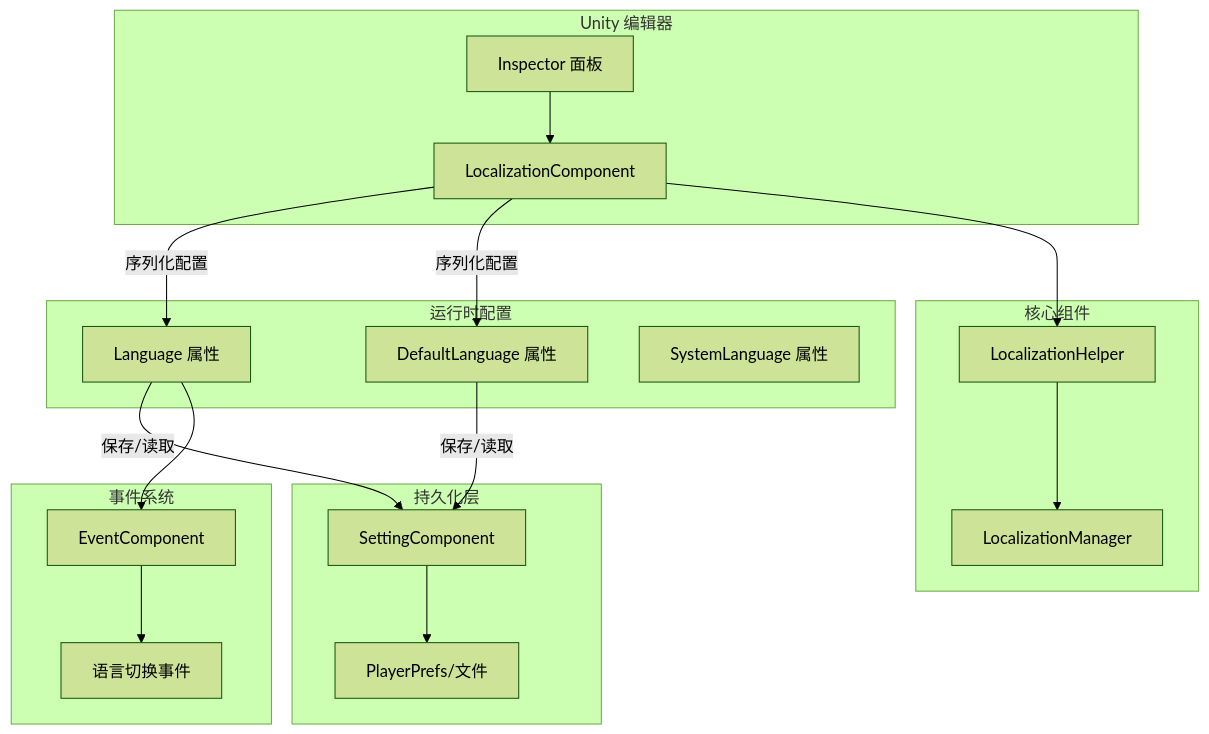
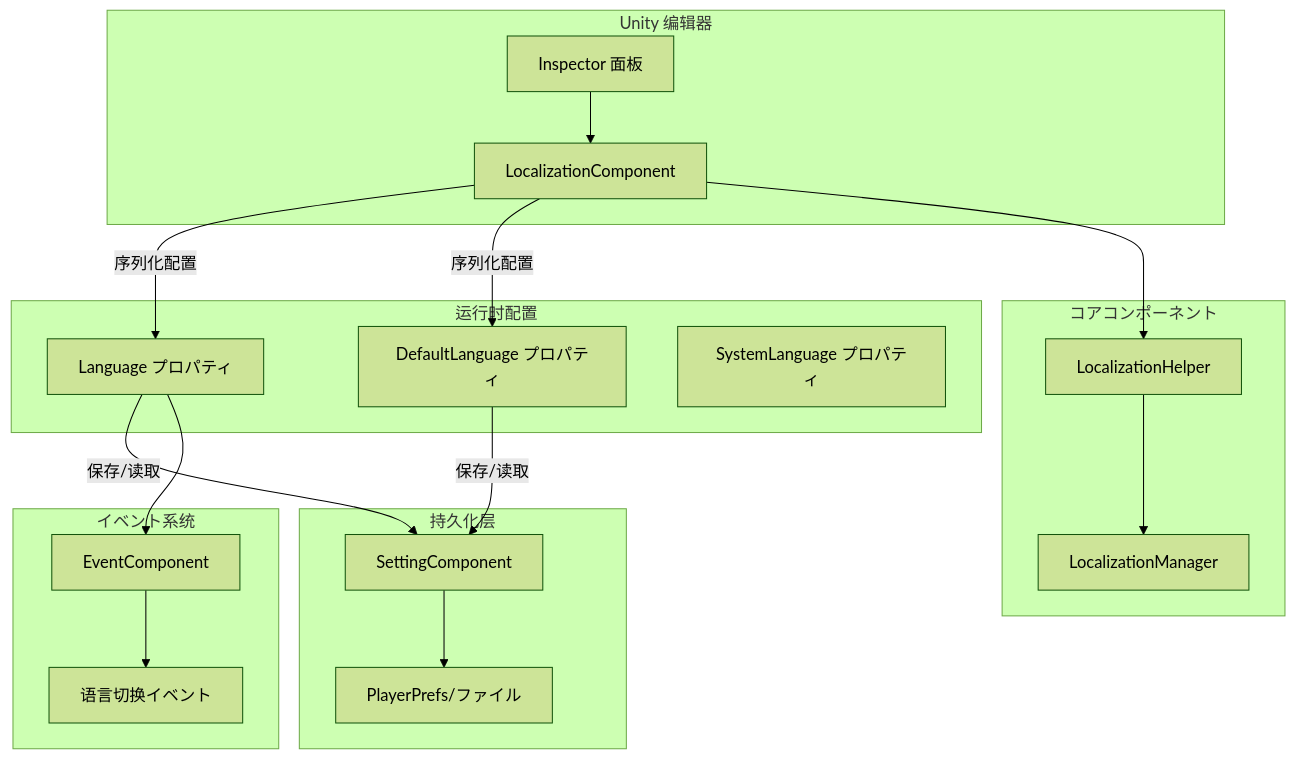
The second of 2 diagrams in docs/ja/client/unity/component/localization/07.configuration.md (AlianBlank/GameFrameX.Docs), drawn with Mermaid (forest theme) before and after one commit. The commit also changed other lines of this file and 603 other files, not shown here.

````diff
--- a/docs/ja/client/unity/component/localization/07.configuration.md
+++ b/docs/ja/client/unity/component/localization/07.configuration.md
@@ -262,39 +262,39 @@
 ```mermaid
 graph TB
     subgraph UnityInspector["Unity 编辑器"]
         LC[LocalizationComponent]
         Inspector[Inspector 面板]
     end
 
-    subgraph 配置属性["运行时配置"]
-        Lang[Language 属性]
-        DefaultLang[DefaultLanguage 属性]
-        SysLang[SystemLanguage 属性]
+    subgraph 配置プロパティ["运行时配置"]
+        Lang[Language プロパティ]
+        DefaultLang[DefaultLanguage プロパティ]
+        SysLang[SystemLanguage プロパティ]
     end
 
-    subgraph 核心组件["核心组件"]
+    subgraph コアコンポーネント["コアコンポーネント"]
         LM[LocalizationManager]
         LH[LocalizationHelper]
     end
 
     subgraph 持久化["持久化层"]
         SC[SettingComponent]
-        PP[PlayerPrefs/文件]
+        PP[PlayerPrefs/ファイル]
     end
 
-    subgraph 事件系统["事件系统"]
+    subgraph イベント系统["イベント系统"]
         Evt[EventComponent]
-        ChangeEvent[语言切换事件]
+        ChangeEvent[语言切换イベント]
     end
 
     Inspector --> LC
     LC -->|序列化配置| Lang
     LC -->|序列化配置| DefaultLang
     LC --> LH
     LH --> LM
     Lang -->|保存/读取| SC
     DefaultLang -->|保存/读取| SC
     SC --> PP
     Lang --> Evt
     Evt --> ChangeEvent
 ```
````
